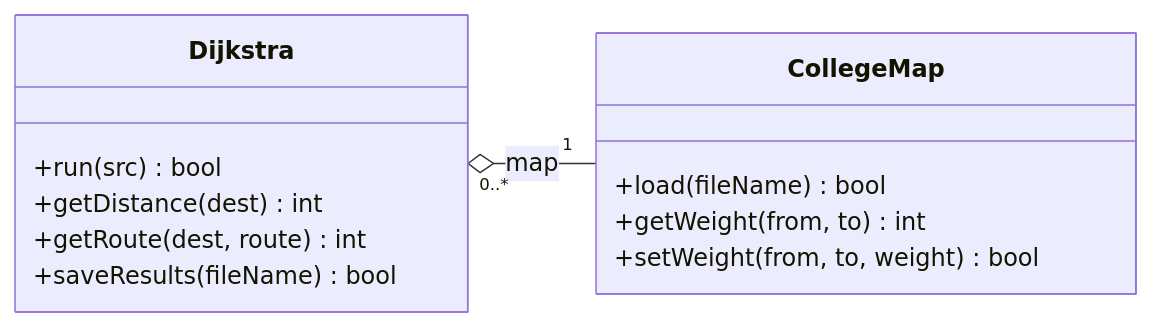
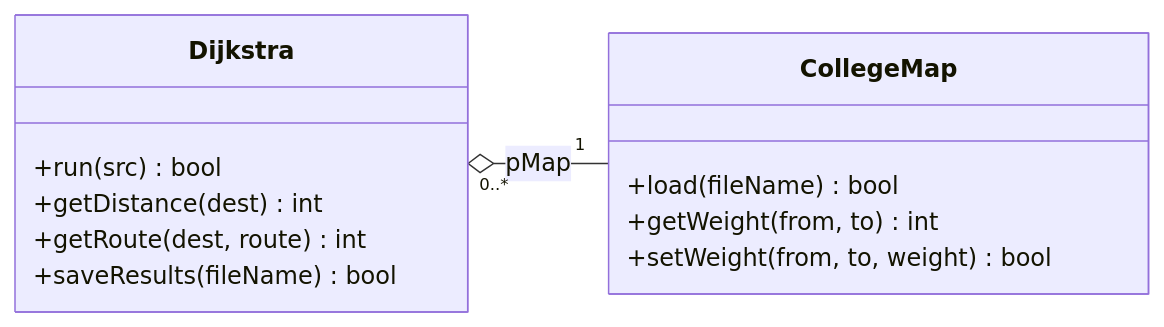
The diagram in README.md (Alan64578/Dijkstra-Route-Planner), drawn with Mermaid before and after one commit. The commit also changed other lines of this file, not shown here.

First line of the commit message:
Fix README title, class diagram label and MTU map note

````diff
--- a/README.md
+++ b/README.md
@@ -25,16 +25,16 @@
 ```mermaid
 classDiagram
     direction LR
     class Dijkstra {
         +run(src) bool
         +getDistance(dest) int
         +getRoute(dest, route) int
         +saveResults(fileName) bool
     }
     class CollegeMap {
         +load(fileName) bool
         +getWeight(from, to) int
         +setWeight(from, to, weight) bool
     }
-    Dijkstra "0..*" o-- "1" CollegeMap : map
+    Dijkstra "0..*" o-- "1" CollegeMap : pMap
 ```
````
